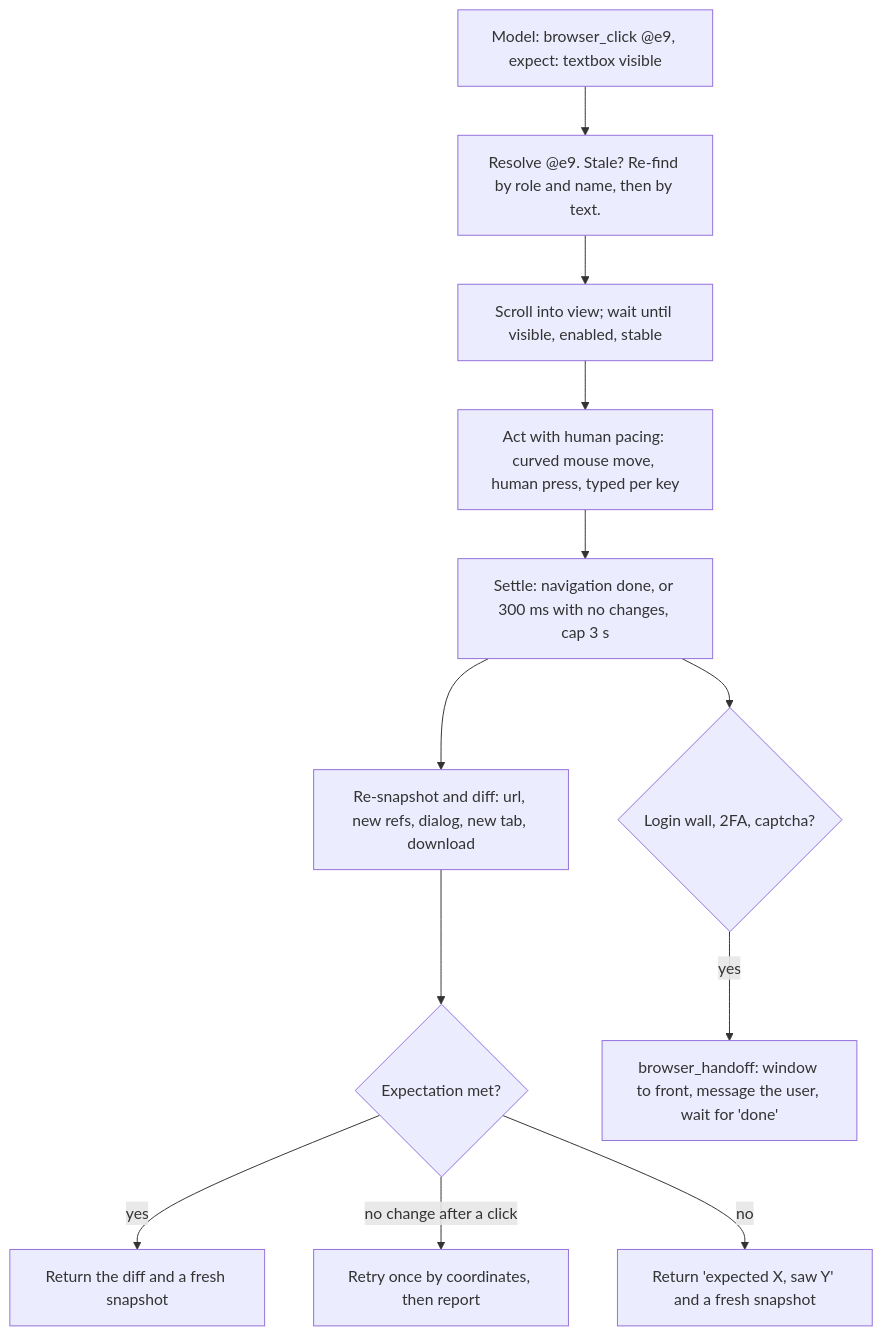
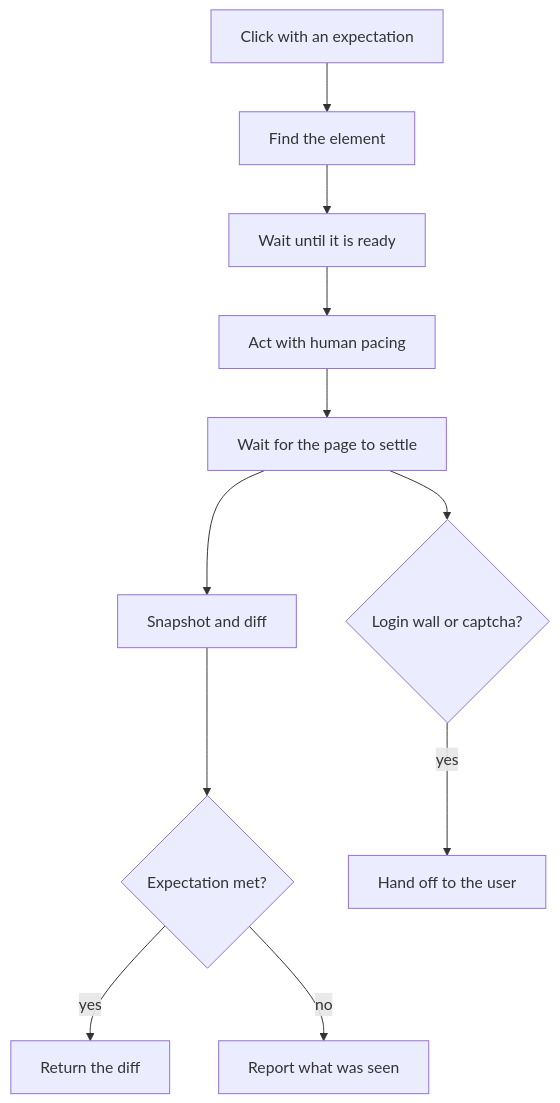
The third of 3 diagrams in docs/COEUS_PLAN.md (JaredTate/nerdgenie), drawn with Mermaid before and after one commit. The commit also changed other lines of this file and 4 other files, not shown here.

Commit message:
Rewrite both documents in complete sentences; redraw all ten diagrams with short labels so nothing is clipped

````diff
--- a/docs/COEUS_PLAN.md
+++ b/docs/COEUS_PLAN.md
@@ -250,14 +249,13 @@
 ```mermaid
 flowchart TD
-  A["Model: browser_click @e9, expect: textbox visible"] --> R["Resolve @e9. Stale? Re-find by role and name, then by text."]
-  R --> P["Scroll into view; wait until visible, enabled, stable"]
-  P --> W["Act with human pacing: curved mouse move, human press, typed per key"]
-  W --> S["Settle: navigation done, or 300 ms with no changes, cap 3 s"]
-  S --> D["Re-snapshot and diff: url, new refs, dialog, new tab, download"]
+  A["Click with an expectation"] --> R["Find the element"]
+  R --> P["Wait until it is ready"]
+  P --> W["Act with human pacing"]
+  W --> S["Wait for the page to settle"]
+  S --> D["Snapshot and diff"]
   D --> C{"Expectation met?"}
-  C -->|"yes"| O["Return the diff and a fresh snapshot"]
-  C -->|"no change after a click"| T["Retry once by coordinates, then report"]
-  C -->|"no"| E["Return 'expected X, saw Y' and a fresh snapshot"]
-  S --> H{"Login wall, 2FA, captcha?"}
-  H -->|"yes"| F["browser_handoff: window to front, message the user, wait for 'done'"]
+  C -->|"yes"| O["Return the diff"]
+  C -->|"no"| E["Report what was seen"]
+  S --> H{"Login wall or captcha?"}
+  H -->|"yes"| F["Hand off to the user"]
 ```
````
